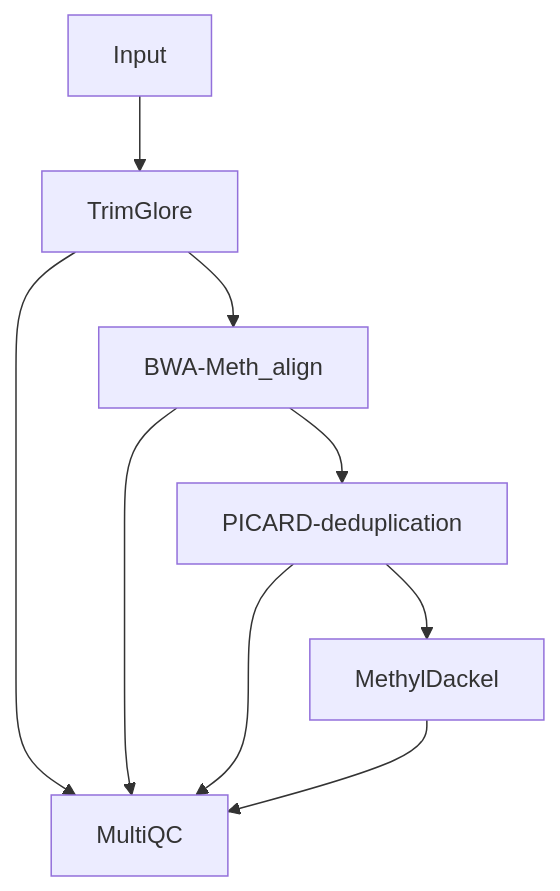
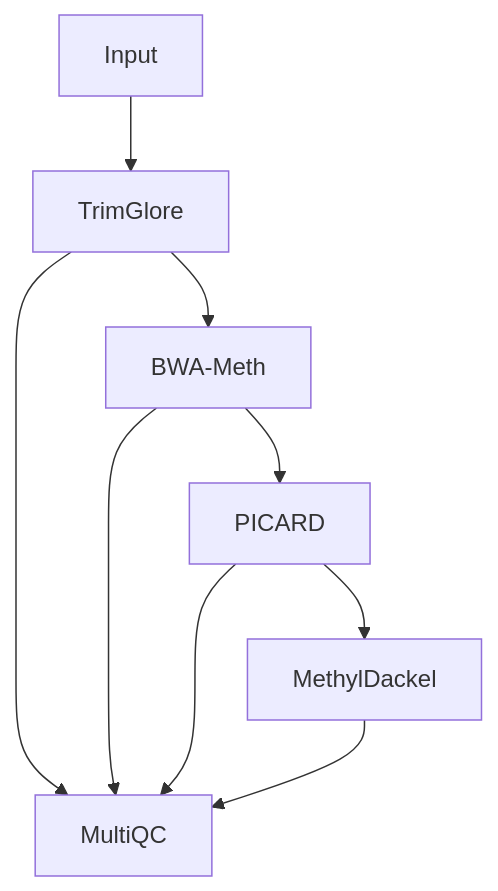
Before and after one commit to yxiangSG/nf_testdata: the diagram in README.md, drawn with Mermaid.

````diff
--- a/README.md
+++ b/README.md
@@ -3,11 +3,11 @@
 ```mermaid
 graph TD;
 Input-->TrimGlore;
-TrimGlore-->BWA-Meth_align;
+TrimGlore-->BWA-Meth;
 TrimGlore-->MultiQC;
-BWA-Meth_align-->MultiQC;
-BWA-Meth_align-->PICARD-deduplication;
-PICARD-deduplication-->MultiQC;
-PICARD-deduplication-->MethylDackel;
+BWA-Meth-->MultiQC;
+BWA-Meth-->PICARD;
+PICARD-->MultiQC;
+PICARD-->MethylDackel;
 MethylDackel-->MultiQC;
 ```
````
